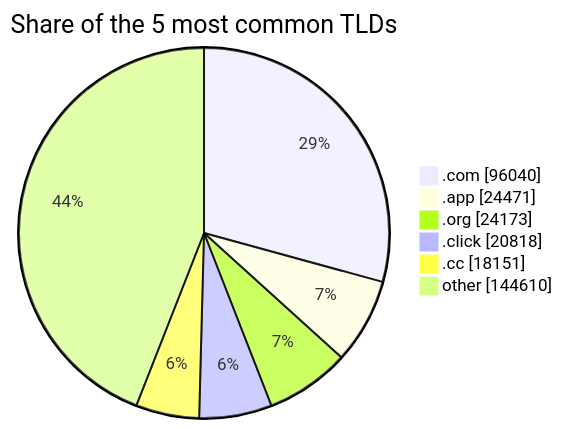
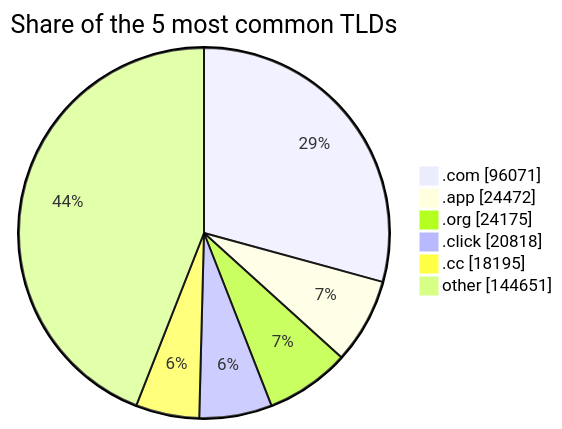
The third of 3 diagrams in README.md (DNSBunker/CTI), drawn with Mermaid before and after one commit. The commit also changed other lines of this file and 4 other files, not shown here.

````diff
--- a/README.md
+++ b/README.md
@@ -81,9 +81,9 @@
 ```mermaid
 pie showData title Share of the 5 most common TLDs
-    ".com" : 96040
-    ".app" : 24471
-    ".org" : 24173
+    ".com" : 96071
+    ".app" : 24472
+    ".org" : 24175
     ".click" : 20818
-    ".cc" : 18151
-    "other" : 144610
+    ".cc" : 18195
+    "other" : 144651
 ```
````
